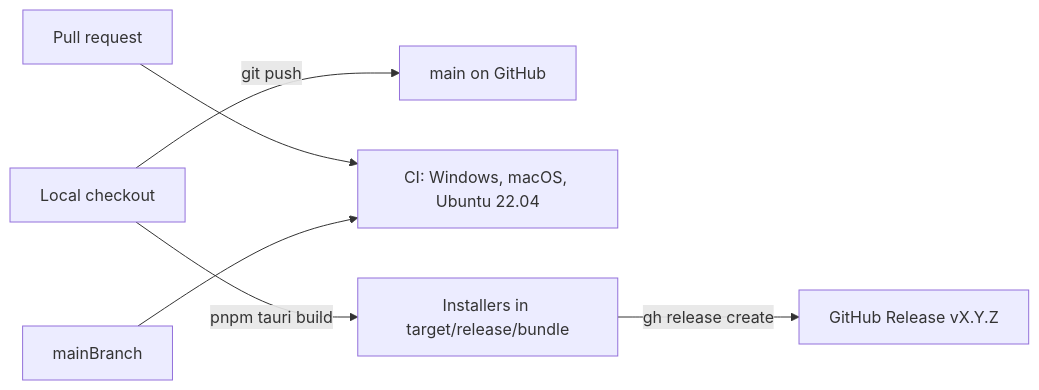
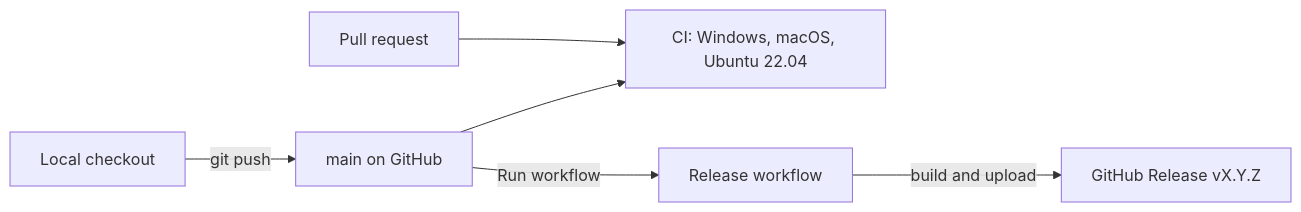
The first of 2 diagrams in docs/infrastructure.md (ronaldndirangu/ukurasa), drawn with Mermaid before and after one commit. The commit also changed other lines of this file and 1 other file, not shown here.

Commit message:
Add manual release workflow for macOS, Linux, and Windows installers

````diff
--- a/docs/infrastructure.md
+++ b/docs/infrastructure.md
@@ -5,8 +5,8 @@
 ```mermaid
 flowchart LR
-  local[Local checkout] -->|git push| main[main on GitHub]
-  pr[Pull request] --> ci
-  mainBranch --> ci["CI: Windows, macOS, Ubuntu 22.04"]
-  local -->|pnpm tauri build| bundle["Installers in target/release/bundle"]
-  bundle -->|gh release create| release["GitHub Release vX.Y.Z"]
+  local["Local checkout"] -->|git push| mainBranch["main on GitHub"]
+  pr["Pull request"] --> ci["CI: Windows, macOS, Ubuntu 22.04"]
+  mainBranch --> ci
+  mainBranch -->|"Run workflow"| workflow["Release workflow"]
+  workflow -->|"build and upload"| release["GitHub Release vX.Y.Z"]
 ```
````
